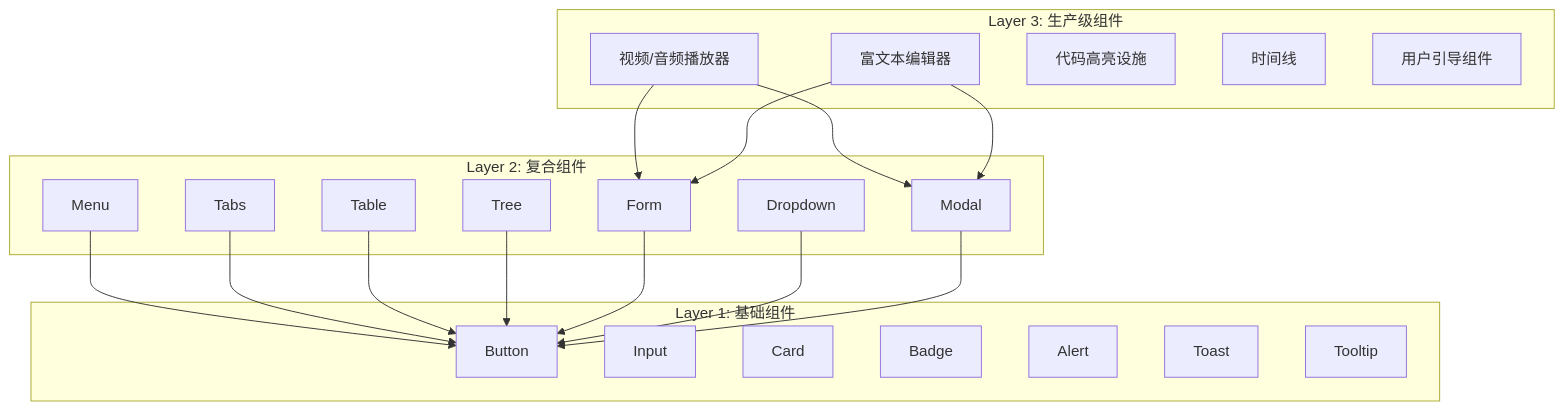
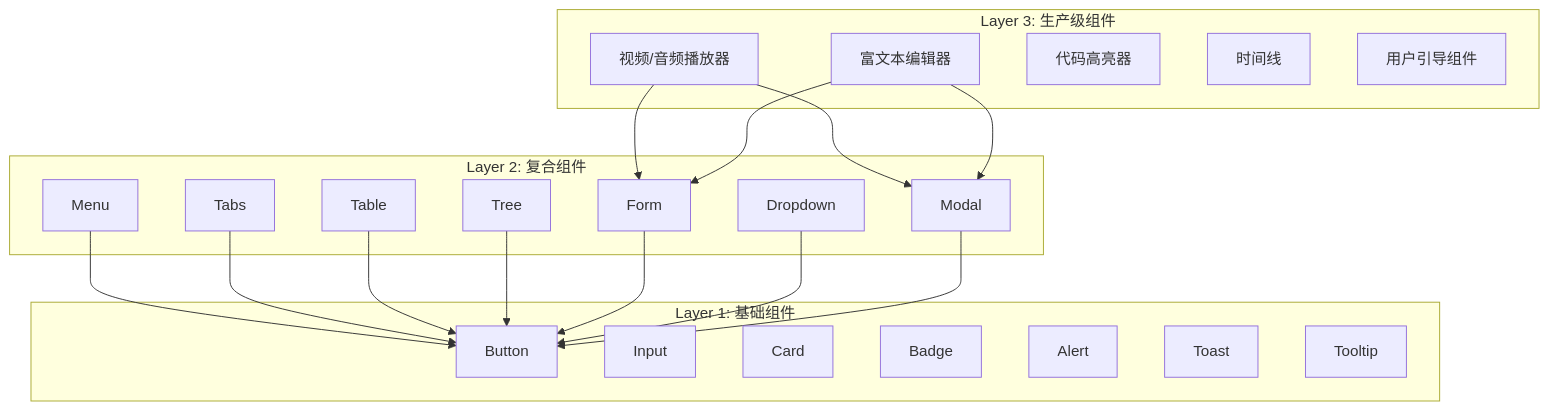
One commit to celestia-island/hikari changed the first of 2 diagrams in docs/zhs/guides/layer-component-plan.md. Above: the diagram before and after it, drawn with Mermaid. The commit also changed other lines of this file and 291 other files, not shown here.

````diff
--- a/docs/zhs/guides/layer-component-plan.md
+++ b/docs/zhs/guides/layer-component-plan.md
@@ -29,43 +29,43 @@
 ```mermaid
 graph TB
     subgraph "Layer 3: 生产级组件"
         L3A[视频/音频播放器]
         L3B[富文本编辑器]
-        L3C[代码高亮设施]
+        L3C[代码高亮器]
         L3D[时间线]
         L3E[用户引导组件]
     end
 
     subgraph "Layer 2: 复合组件"
         L2A[Menu]
         L2B[Tabs]
         L2C[Table]
         L2D[Tree]
         L2E[Form]
         L2F[Dropdown]
         L2G[Modal]
     end
 
     subgraph "Layer 1: 基础组件"
         L1A[Button]
         L1B[Input]
         L1C[Card]
         L1D[Badge]
         L1E[Alert]
         L1F[Toast]
         L1G[Tooltip]
     end
 
     L3A --> L2E
     L3A --> L2G
     L3B --> L2E
     L3B --> L2G
 
     L2A --> L1A
     L2B --> L1A
     L2C --> L1A
     L2D --> L1A
     L2E --> L1A
     L2F --> L1A
     L2G --> L1A
 ```
````
